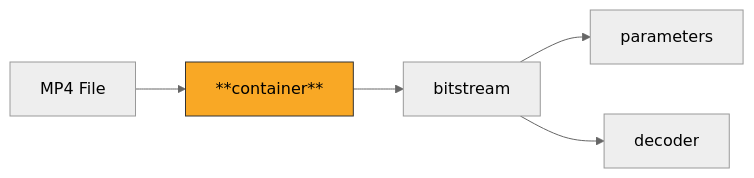
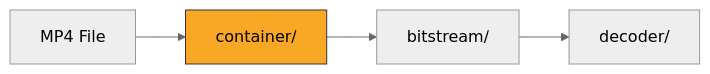
Before and after one commit to abhiksark/python-h264-scratch: the first of 2 diagrams in container/README.md, drawn with Mermaid (neutral theme). The commit also changed other lines of this file and 13 other files, not shown here.

````diff
--- a/container/README.md
+++ b/container/README.md
@@ -17,8 +79,7 @@
 ```mermaid
 flowchart LR
-    MP4["MP4 File"] --> CON["**container**"]
-    CON --> BS[bitstream]
-    BS --> P[parameters]
-    BS --> DEC[decoder]
+    MP4["MP4 File"] --> CON["container/"]
+    CON --> BS["bitstream/"]
+    BS --> DEC["decoder/"]
     style CON fill:#f9a825,stroke:#333,color:#000
 ```
````
